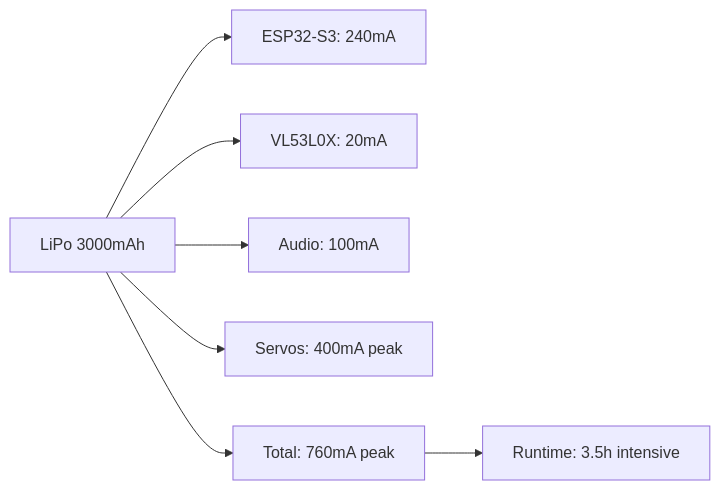
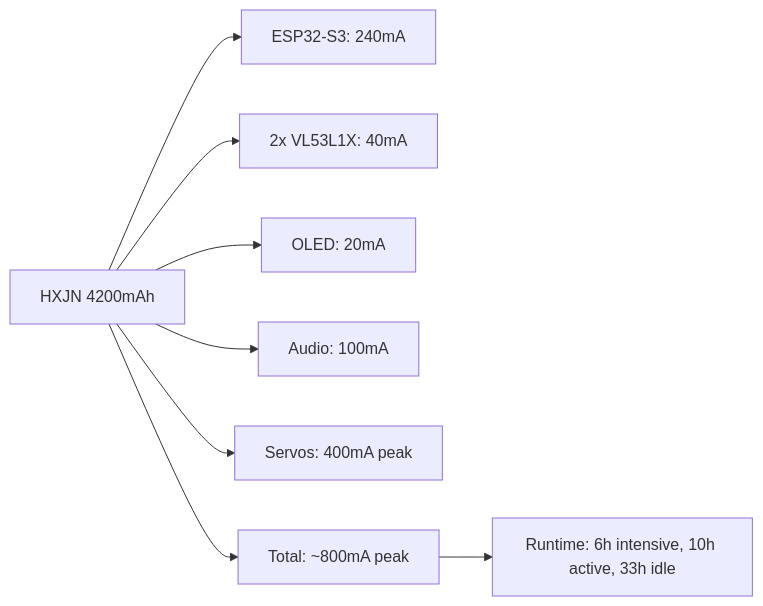
The seventh of 7 diagrams in PHASE3_MUSCLES.md (zabbix-byte/real-tars), drawn with Mermaid before and after one commit. The commit also changed other lines of this file and 6 other files, not shown here.

````diff
--- a/PHASE3_MUSCLES.md
+++ b/PHASE3_MUSCLES.md
@@ -588,9 +644,10 @@
 ```mermaid
 graph LR
-    BATT["LiPo 3000mAh"] --> ESP_DRAW["ESP32-S3: 240mA"]
-    BATT --> VL_DRAW["VL53L0X: 20mA"]
+    BATT["HXJN 4200mAh"] --> ESP_DRAW["ESP32-S3: 240mA"]
+    BATT --> VL_DRAW["2x VL53L1X: 40mA"]
+    BATT --> OLED_DRAW["OLED: 20mA"]
     BATT --> AMP_DRAW["Audio: 100mA"]
     BATT --> SRV_DRAW["Servos: 400mA peak"]
-    BATT --> TOTAL["Total: 760mA peak"]
-    TOTAL --> RUNTIME["Runtime: 3.5h intensive"]
+    BATT --> TOTAL["Total: ~800mA peak"]
+    TOTAL --> RUNTIME["Runtime: 6h intensive, 10h active, 33h idle"]
 ```
````
